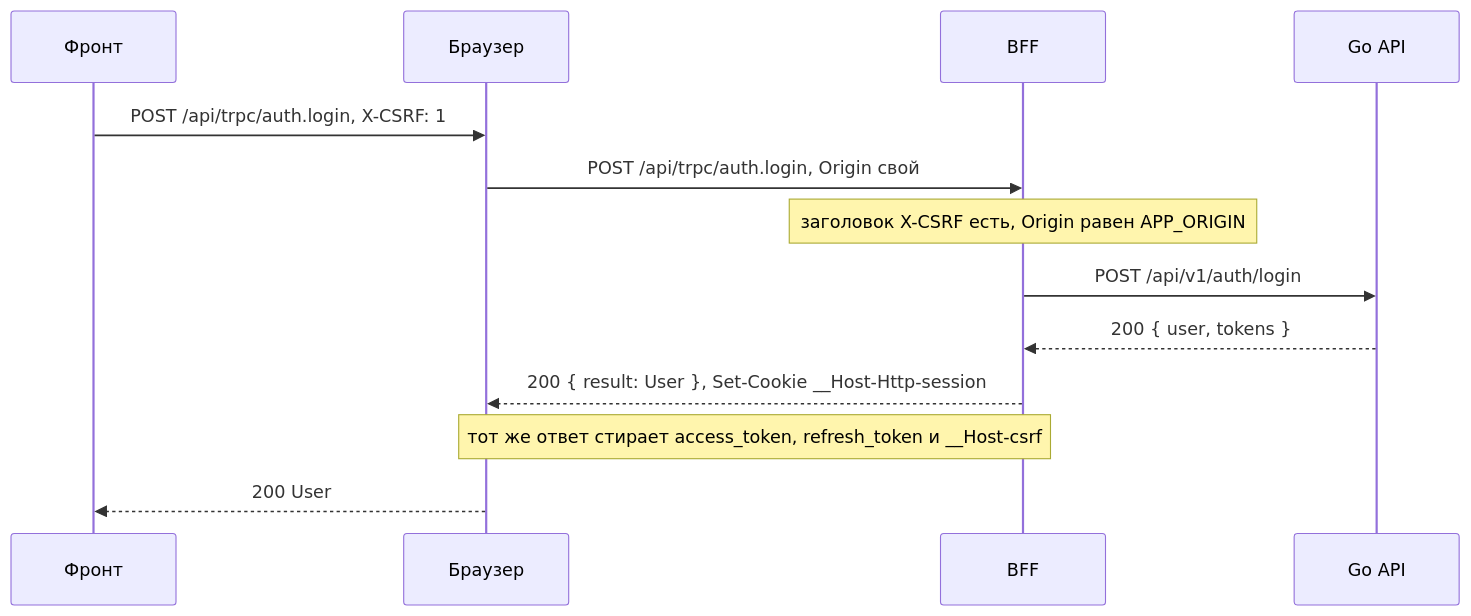
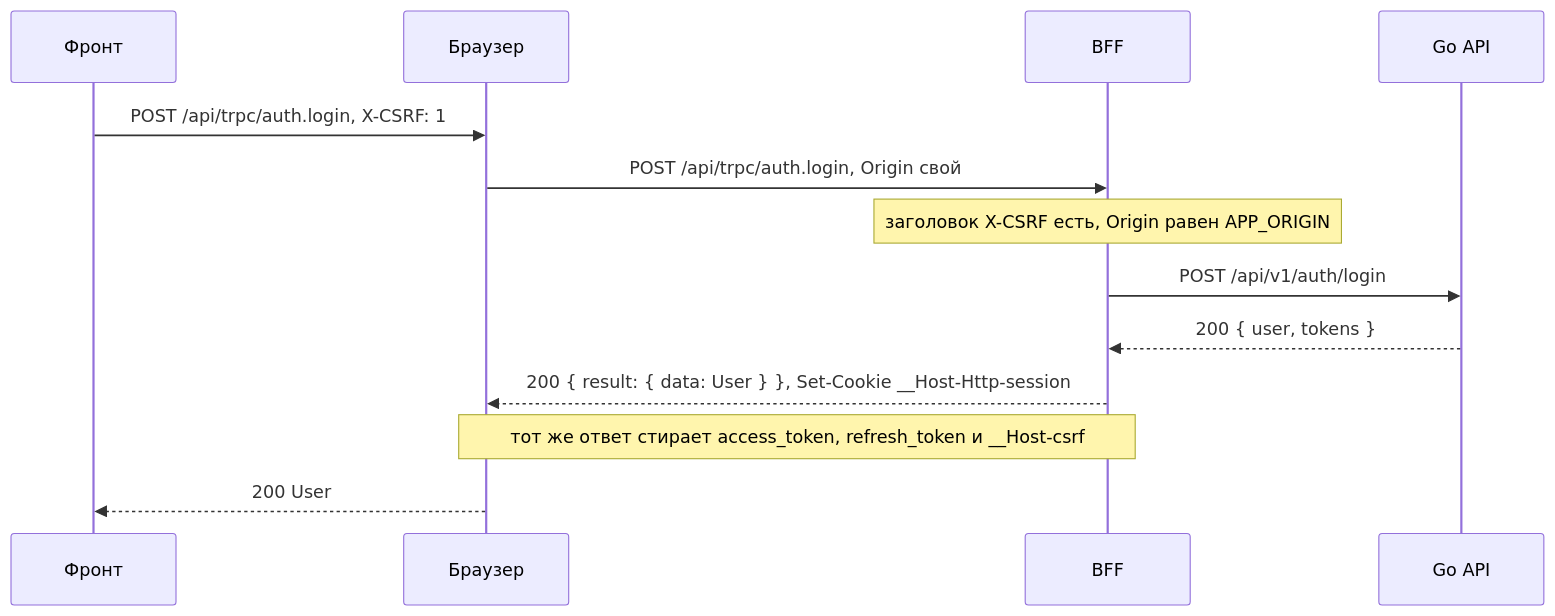
One commit to Cringe-Driven-Development-Team/docs changed the first of 10 diagrams in site/modules/2026-10/tracks/bff/auth.md. Above: the diagram before and after it, drawn with Mermaid. The commit also changed other lines of this file and 3 other files, not shown here.

Commit message:
fix(bff): 415 для форм до CSRF, конверт ошибки батча, result.data, kind ячейки, выход с refresh

````diff
--- a/site/modules/2026-10/tracks/bff/auth.md
+++ b/site/modules/2026-10/tracks/bff/auth.md
@@ -137,15 +144,15 @@
 ```mermaid
 sequenceDiagram
   participant F as Фронт
   participant B as Браузер
   participant P as BFF
   participant A as Go API
   F->>B: POST /api/trpc/auth.login, X-CSRF: 1
   B->>P: POST /api/trpc/auth.login, Origin свой
   Note over P: заголовок X-CSRF есть, Origin равен APP_ORIGIN
   P->>A: POST /api/v1/auth/login
   A-->>P: 200 { user, tokens }
-  P-->>B: 200 { result: User }, Set-Cookie __Host-Http-session
+  P-->>B: 200 { result: { data: User } }, Set-Cookie __Host-Http-session
   Note over P,B: тот же ответ стирает access_token, refresh_token и __Host-csrf
   B-->>F: 200 User
 ```
````
